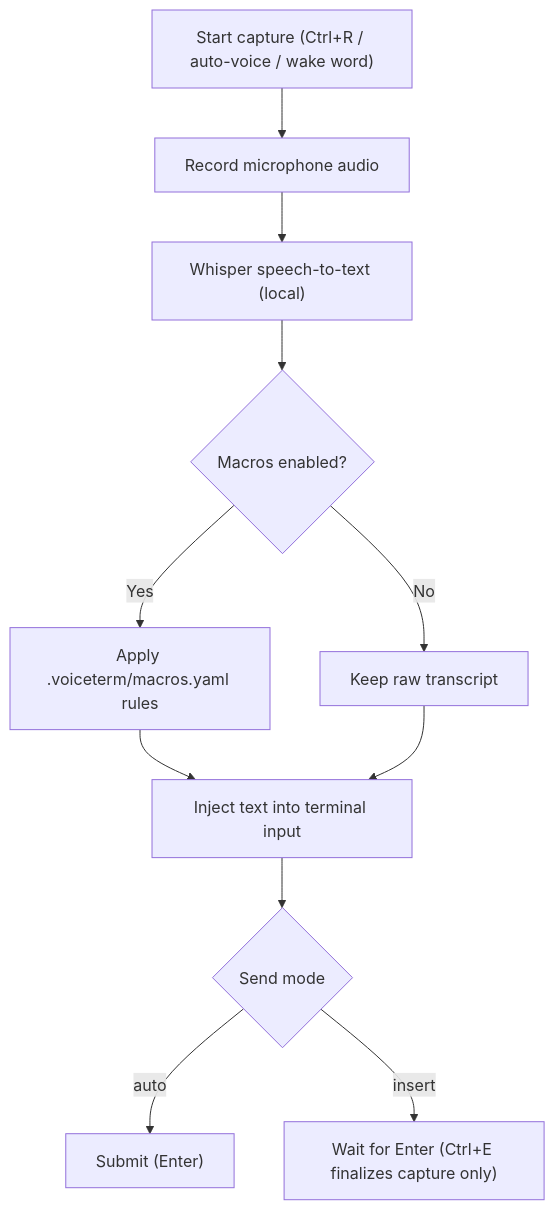
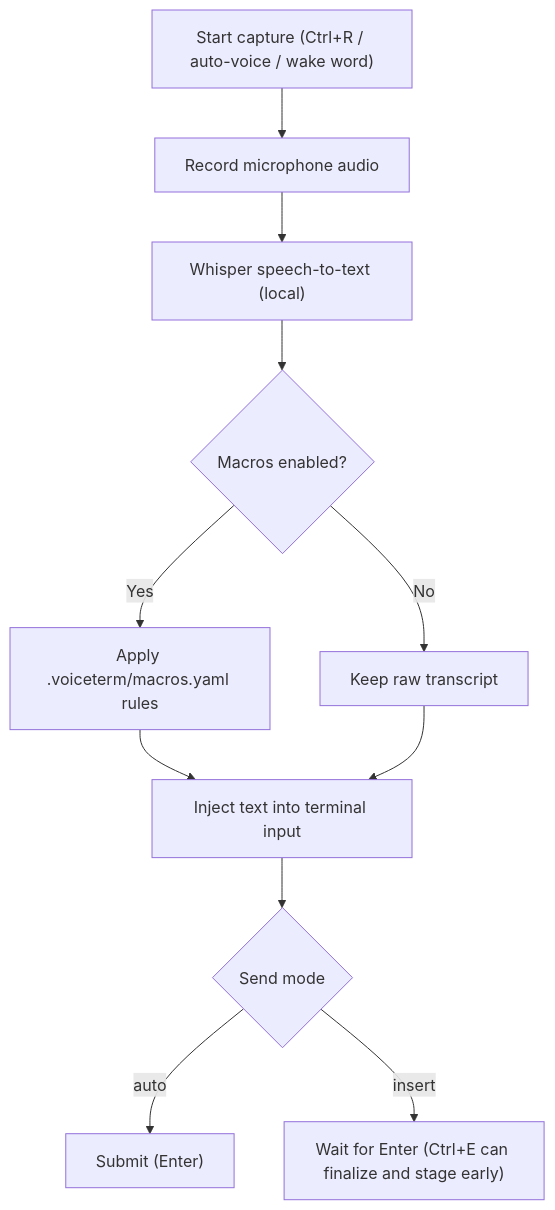
Before and after one commit to jguida941/voiceterm: the diagram in guides/USAGE.md, drawn with Mermaid. The commit also changed other lines of this file and 4454 other files, not shown here.

````diff
--- a/guides/USAGE.md
+++ b/guides/USAGE.md
@@ -130,13 +113,13 @@
 ```mermaid
 flowchart TD
     A["Start capture (Ctrl+R / auto-voice / wake word)"] --> B["Record microphone audio"]
     B --> C["Whisper speech-to-text (local)"]
     C --> D{"Macros enabled?"}
     D -->|Yes| E["Apply .voiceterm/macros.yaml rules"]
     D -->|No| F["Keep raw transcript"]
     E --> G["Inject text into terminal input"]
     F --> G
     G --> H{"Send mode"}
     H -->|auto| I["Submit (Enter)"]
-    H -->|insert| J["Wait for Enter (Ctrl+E finalizes capture only)"]
+    H -->|insert| J["Wait for Enter (Ctrl+E can finalize and stage early)"]
 ```
````
